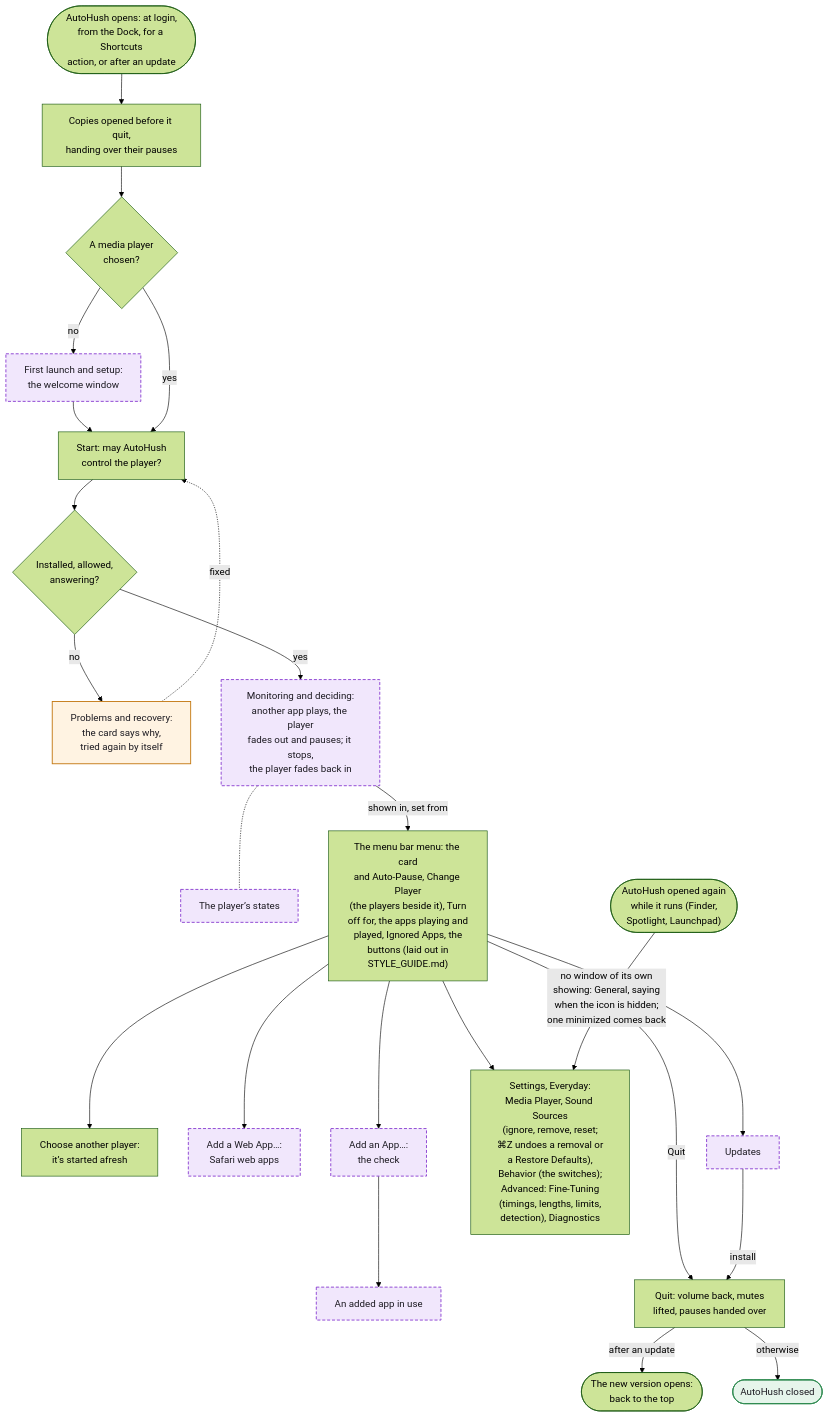
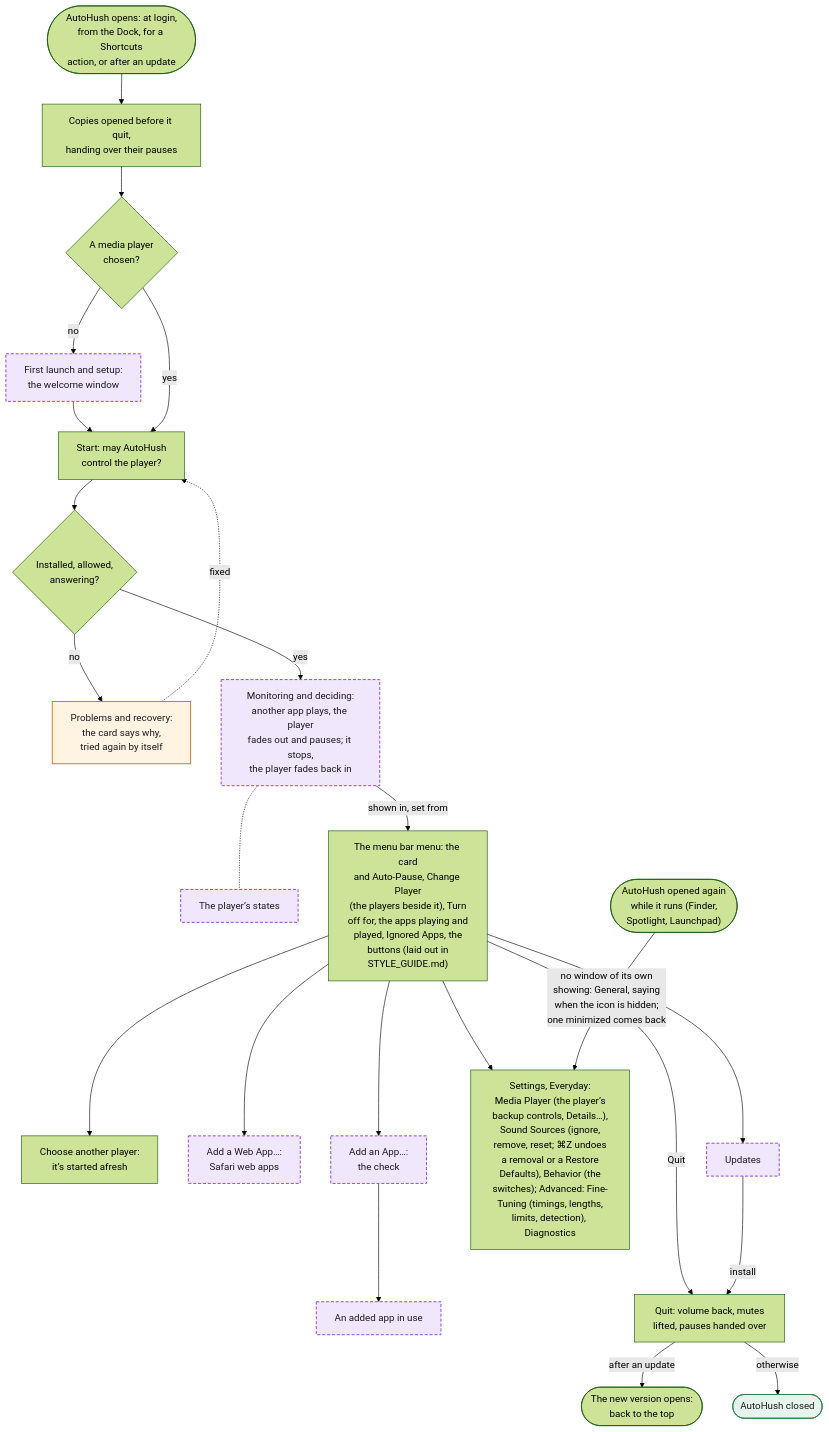
One commit to hfustercabre/AutoHush changed the first of 14 diagrams in WORKFLOWS.md. Above: the diagram before and after it, drawn with Mermaid (forest theme). The commit also changed other lines of this file and 6 other files, not shown here.

First line of the commit message:
docs: the docs and flowcharts describe every player's backup controls as built

````diff
--- a/WORKFLOWS.md
+++ b/WORKFLOWS.md
@@ -24,50 +24,50 @@
 ```mermaid
 flowchart TD
   L(["AutoHush opens: at login,<br/>from the Dock, for a Shortcuts<br/>action, or after an update"])
   O["Copies opened before it quit,<br/>handing over their pauses"]
   C{"A media player<br/>chosen?"}
   W["First launch and setup:<br/>the welcome window"]
   S["Start: may AutoHush<br/>control the player?"]
   P{"Installed, allowed,<br/>answering?"}
   R["Problems and recovery:<br/>the card says why,<br/>tried again by itself"]
   M["Monitoring and deciding:<br/>another app plays, the player<br/>fades out and pauses; it stops,<br/>the player fades back in"]
   ST["The player’s states"]
   MENU["The menu bar menu: the card<br/>and Auto-Pause, Change Player<br/>(the players beside it), Turn<br/>off for, the apps playing and<br/>played, Ignored Apps, the<br/>buttons (laid out in<br/>STYLE_GUIDE.md)"]
   CH["Choose another player:<br/>it’s started afresh"]
   WA["Add a Web App…:<br/>Safari web apps"]
   AA["Add an App…:<br/>the check"]
   AU["An added app in use"]
   AGAIN(["AutoHush opened again<br/>while it runs (Finder,<br/>Spotlight, Launchpad)"])
-  SET["Settings, Everyday:<br/>Media Player, Sound Sources<br/>(ignore, remove, reset;<br/>⌘Z undoes a removal or<br/>a Restore Defaults),<br/>Behavior (the switches);<br/>Advanced: Fine-Tuning<br/>(timings, lengths, limits,<br/>detection), Diagnostics"]
+  SET["Settings, Everyday:<br/>Media Player (the player’s<br/>backup controls, Details…),<br/>Sound Sources (ignore,<br/>remove, reset; ⌘Z undoes<br/>a removal or a Restore<br/>Defaults), Behavior (the<br/>switches); Advanced: Fine-<br/>Tuning (timings, lengths,<br/>limits, detection), Diagnostics"]
   UP["Updates"]
   Q["Quit: volume back, mutes<br/>lifted, pauses handed over"]
   RL(["The new version opens:<br/>back to the top"])
   QX(["AutoHush closed"])
 
   L --> O --> C
   C -->|"no"| W --> S
   C -->|"yes"| S
   S --> P
   P -->|"no"| R
   R -.->|"fixed"| S
   P -->|"yes"| M
   M -.- ST
   M -->|"shown in, set from"| MENU
   MENU --> CH
   MENU --> WA
   MENU --> AA --> AU
   MENU --> SET
   AGAIN -->|"no window of its own<br/>showing: General, saying<br/>when the icon is hidden;<br/>one minimized comes back"| SET
   MENU --> UP
   MENU -->|"Quit"| Q
   UP -->|"install"| Q
   Q -->|"after an update"| RL
   Q -->|"otherwise"| QX
 
   class W,M,ST,WA,AA,AU,UP ref
   class R warn
   class QX done
   classDef ref fill:#f1e7fc,stroke:#8a3fd1,stroke-width:1.5px,stroke-dasharray: 5 3,color:#1d1b22
   classDef warn fill:#fff3e2,stroke:#c47812,stroke-width:1.5px,color:#1d1b22
   classDef done fill:#e6f5eb,stroke:#2f8a50,stroke-width:1.5px,color:#1d1b22
 ```
````
